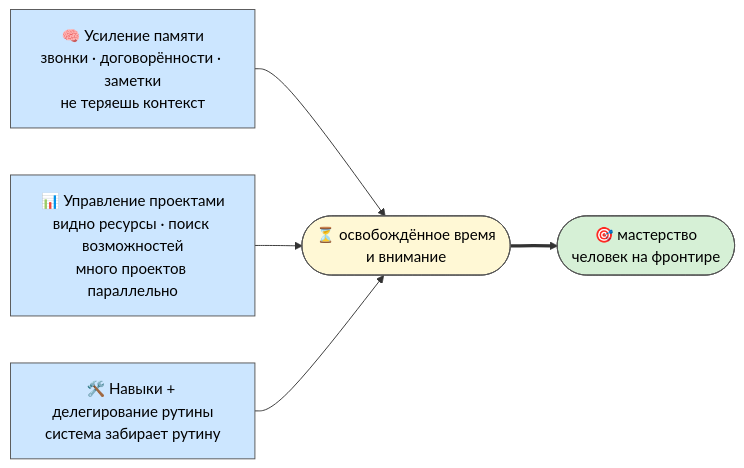
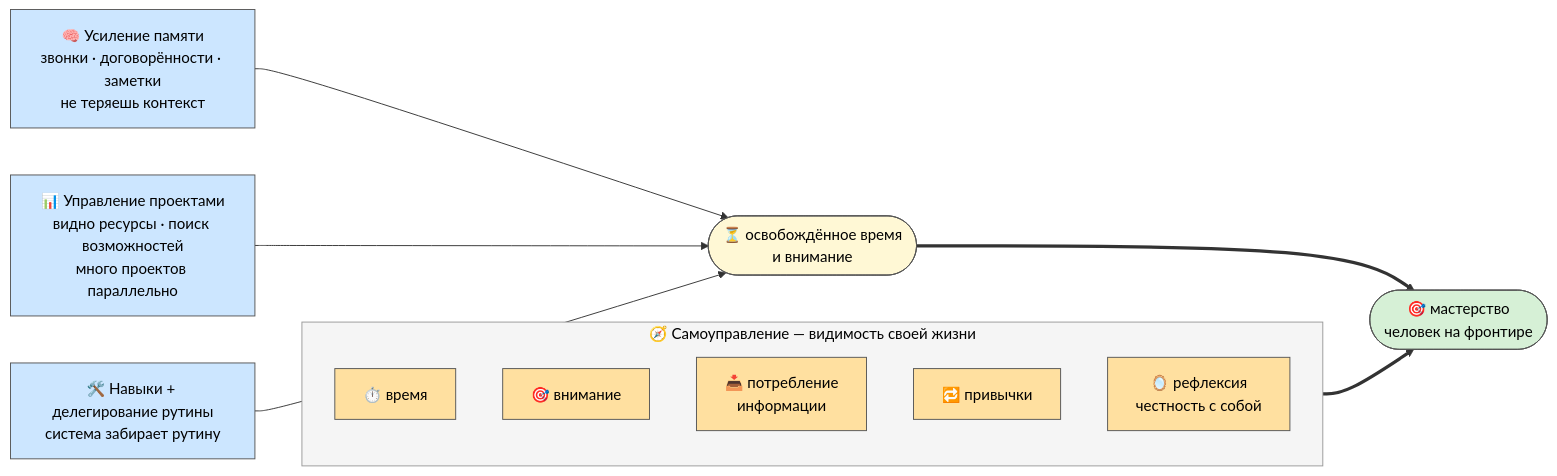
The second of 2 diagrams in partner-package/P-1-jetix-overview.md (Bogersebekov/jetix-os), drawn with Mermaid before and after one commit. The commit also changed other lines of this file, not shown here.

Commit message:
[partner-package] P-1 extend — повседневные практики самоуправления (трекинг времени/внимания/потребления инфо/привычек + рефлексия/честность с собой) + узел в mermaid Усилителя

````diff
--- a/partner-package/P-1-jetix-overview.md
+++ b/partner-package/P-1-jetix-overview.md
@@ -145,19 +164,32 @@
 ```mermaid
 %%{init: {'theme':'base','themeVariables':{'background':'#ffffff','mainBkg':'#eef2f7','primaryColor':'#eef2f7','primaryTextColor':'#000','primaryBorderColor':'#555','secondaryColor':'#f5f5f5','tertiaryColor':'#ffffff','textColor':'#000','lineColor':'#333','edgeLabelBackground':'#ffffff','noteBkgColor':'#fff8d5','noteTextColor':'#000','clusterBkg':'#f5f5f5','clusterBorder':'#999','titleColor':'#000'}}}%%
 graph LR
     classDef default fill:#eef2f7,stroke:#555,stroke-width:1px,color:#000;
     M1[🧠 Усиление памяти<br/>звонки · договорённости · заметки<br/>не теряешь контекст]
     M2[📊 Управление проектами<br/>видно ресурсы · поиск возможностей<br/>много проектов параллельно]
     M3[🛠️ Навыки + делегирование рутины<br/>система забирает рутину]
+    subgraph SELF[🧭 Самоуправление — видимость своей жизни]
+        S1[⏱️ время]
+        S2[🎯 внимание]
+        S3[📥 потребление<br/>информации]
+        S4[🔁 привычки]
+        S5[🪞 рефлексия<br/>честность с собой]
+    end
     FREE([⏳ освобождённое время<br/>и внимание])
     MASTER([🎯 мастерство<br/>человек на фронтире])
     M1 --> FREE
     M2 --> FREE
     M3 --> FREE
+    SELF ==> MASTER
     FREE ==> MASTER
     style M1 fill:#cce6ff,color:#000
     style M2 fill:#cce6ff,color:#000
     style M3 fill:#cce6ff,color:#000
+    style S1 fill:#ffe0a0,color:#000
+    style S2 fill:#ffe0a0,color:#000
+    style S3 fill:#ffe0a0,color:#000
+    style S4 fill:#ffe0a0,color:#000
+    style S5 fill:#ffe0a0,color:#000
     style FREE fill:#fff8d5,color:#000
     style MASTER fill:#d6f0d6,color:#000
 ```
````
